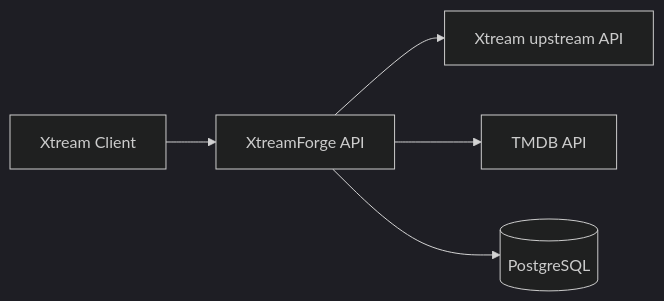
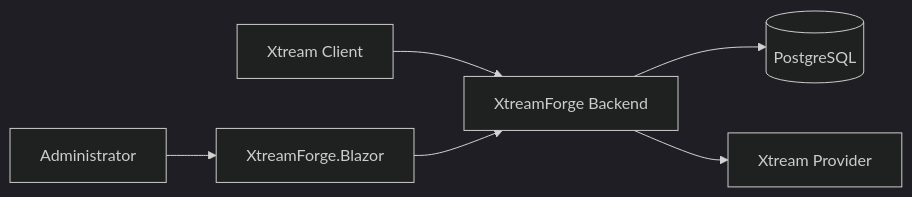
Before and after one commit to fred2u/XtreamForge: the diagram in README.md, drawn with Mermaid (dark theme). The commit also changed other lines of this file and 33 other files, not shown here.

Commit message:
feat: add dedicated blazor admin app

````diff
--- a/README.md
+++ b/README.md
@@ -23,7 +22,9 @@
 ```mermaid
 flowchart LR
-    Client[Xtream Client] --> Api[XtreamForge API]
-    Api --> Upstream[Xtream upstream API]
-    Api --> Tmdb[TMDB API]
-    Api --> Db[(PostgreSQL)]
+    Client[Xtream Client] --> Backend[XtreamForge Backend]
+    Backend --> Db[(PostgreSQL)]
+    Backend --> Upstream[Xtream Provider]
+
+    Admin[Administrator] --> Blazor[XtreamForge.Blazor]
+    Blazor --> Backend
 ```
````
